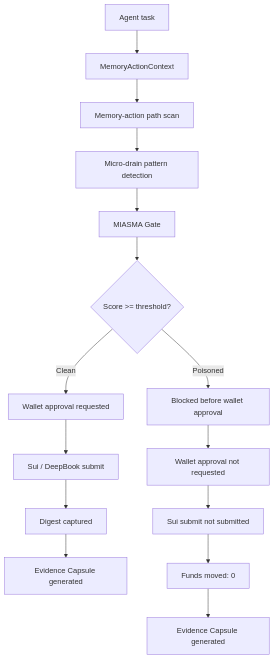
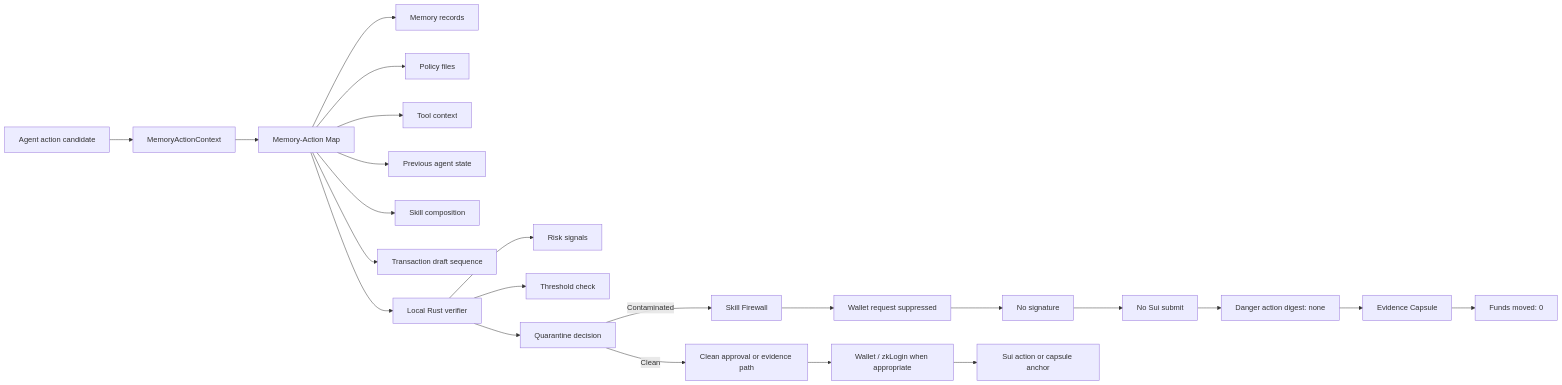
The first of 3 diagrams in README.md (0x-xrpl/miasma-atlas), drawn with Mermaid before and after one commit. The commit also changed other lines of this file, not shown here.

Commit message:
docs: replace README with final MIASMA public spec

````diff
--- a/README.md
+++ b/README.md
@@ -73,17 +147,29 @@
 ```mermaid
-flowchart TD
-    A[Agent task] --> B[MemoryActionContext]
-    B --> C[Memory-action path scan]
-    C --> D[Micro-drain pattern detection]
-    D --> E[MIASMA Gate]
-    E --> F{Score >= threshold?}
-    F -- Clean --> G[Wallet approval requested]
-    G --> H[Sui / DeepBook submit]
-    H --> I[Digest captured]
-    I --> J[Evidence Capsule generated]
-    F -- Poisoned --> K[Blocked before wallet approval]
-    K --> L[Wallet approval not requested]
-    L --> M[Sui submit not submitted]
+flowchart LR
+    A[Agent action candidate] --> B[MemoryActionContext]
+
+    B --> C[Memory-Action Map]
+    C --> C1[Memory records]
+    C --> C2[Policy files]
+    C --> C3[Tool context]
+    C --> C4[Previous agent state]
+    C --> C5[Skill composition]
+    C --> C6[Transaction draft sequence]
+
+    C --> D[Local Rust verifier]
+    D --> E[Risk signals]
+    D --> F[Threshold check]
+    D --> G[Quarantine decision]
+
+    G -->|Contaminated| H[Skill Firewall]
+    H --> I[Wallet request suppressed]
+    I --> J[No signature]
+    J --> K[No Sui submit]
+    K --> L[Danger action digest: none]
+    L --> M[Evidence Capsule]
     M --> N[Funds moved: 0]
-    N --> O[Evidence Capsule generated]
+
+    G -->|Clean| O[Clean approval or evidence path]
+    O --> P[Wallet / zkLogin when appropriate]
+    P --> Q[Sui action or capsule anchor]
 ```
````
